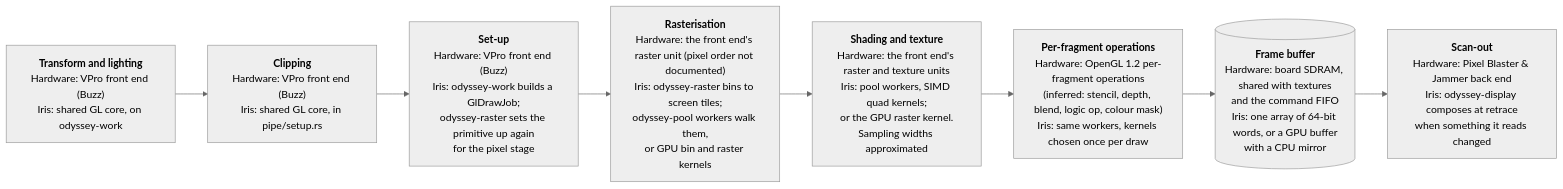
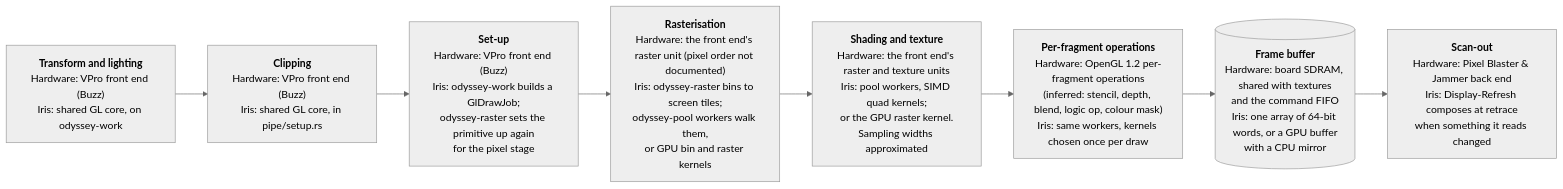
The first of 3 diagrams in docs/graphics/vpro.md (techomancer/iris), drawn with Mermaid (neutral theme) before and after one commit. The commit also changed other lines of this file and 8 other files, not shown here.

First line of the commit message:
docs: the display refresh thread

````diff
--- a/docs/graphics/vpro.md
+++ b/docs/graphics/vpro.md
@@ -14,12 +14,12 @@
 ```mermaid
 flowchart LR
   A["<b>Transform and lighting</b><br/>Hardware: VPro front end (Buzz)<br/>Iris: shared GL core, on odyssey-work"]
   B["<b>Clipping</b><br/>Hardware: VPro front end (Buzz)<br/>Iris: shared GL core, in pipe/setup.rs"]
   C["<b>Set-up</b><br/>Hardware: VPro front end (Buzz)<br/>Iris: odyssey-work builds a GlDrawJob;<br/>odyssey-raster sets the primitive up again<br/>for the pixel stage"]
   D["<b>Rasterisation</b><br/>Hardware: the front end's raster unit (pixel order not documented)<br/>Iris: odyssey-raster bins to screen tiles;<br/>odyssey-pool workers walk them,<br/>or GPU bin and raster kernels"]
   E["<b>Shading and texture</b><br/>Hardware: the front end's raster and texture units<br/>Iris: pool workers, SIMD quad kernels;<br/>or the GPU raster kernel.<br/>Sampling widths approximated"]
   G["<b>Per-fragment operations</b><br/>Hardware: OpenGL 1.2 per-fragment operations<br/>(inferred: stencil, depth, blend, logic op, colour mask)<br/>Iris: same workers, kernels chosen once per draw"]
   H[("<b>Frame buffer</b><br/>Hardware: board SDRAM, shared with textures<br/>and the command FIFO<br/>Iris: one array of 64-bit words, or a GPU buffer<br/>with a CPU mirror")]
-  I["<b>Scan-out</b><br/>Hardware: Pixel Blaster & Jammer back end<br/>Iris: odyssey-display composes at retrace<br/>when something it reads changed"]
+  I["<b>Scan-out</b><br/>Hardware: Pixel Blaster & Jammer back end<br/>Iris: Display-Refresh composes at retrace<br/>when something it reads changed"]
   A --> B --> C --> D --> E --> G --> H --> I
 ```
````
